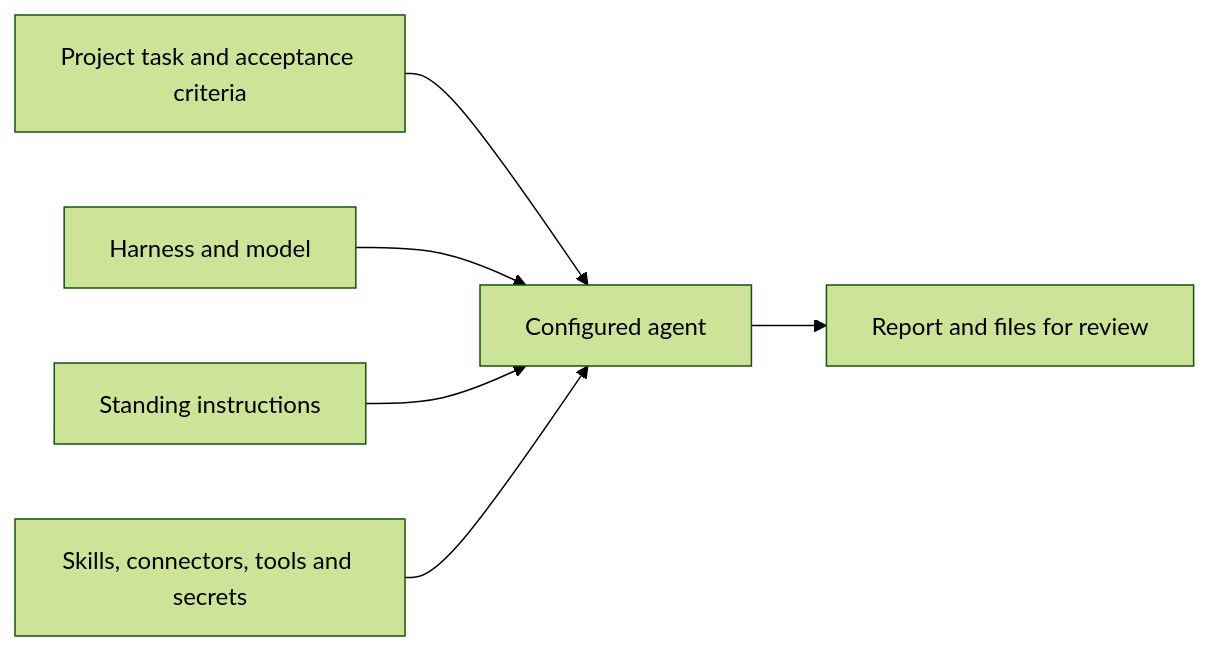
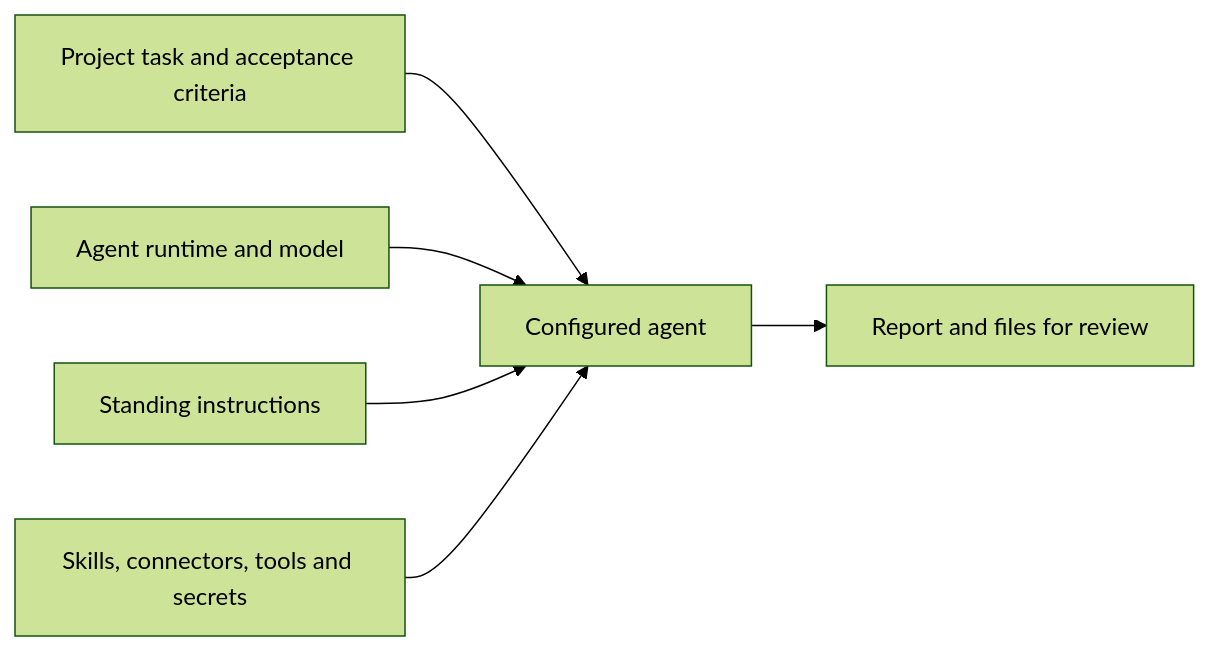
The diagram in docs/en/platform/agents/concepts.md (tale-project/tale), drawn with Mermaid (forest theme) before and after one commit. The commit also changed other lines of this file and 106 other files, not shown here.

Commit message:
fix(platform): unify agent runtime terminology across locales

````diff
--- a/docs/en/platform/agents/concepts.md
+++ b/docs/en/platform/agents/concepts.md
@@ -37,8 +37,8 @@
 ```mermaid
 flowchart LR
     P[Project task and acceptance criteria] --> A[Configured agent]
-    H[Harness and model] --> A
+    H[Agent runtime and model] --> A
     I[Standing instructions] --> A
     E[Skills, connectors, tools and secrets] --> A
     A --> R[Report and files for review]
 ```
````
